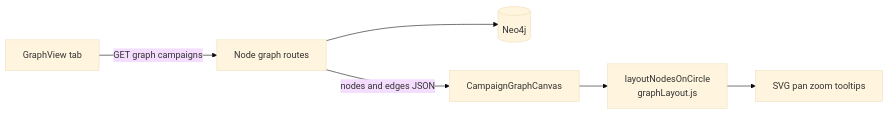
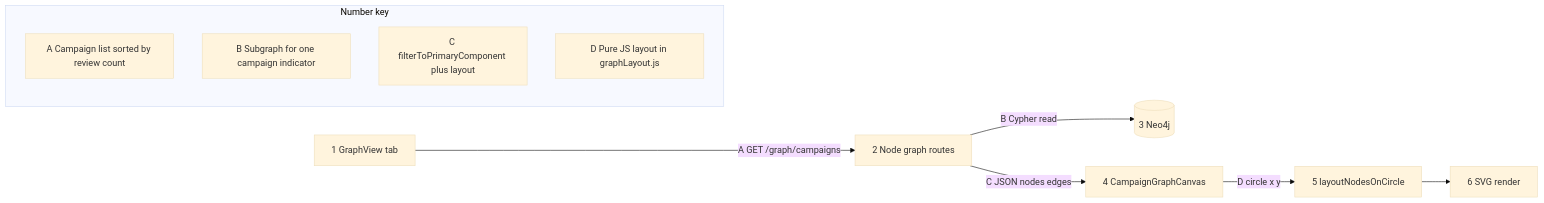
The diagram in docs/diagrams/system-flow-graph-ui.mmd (OferElboher/suspicious-email-triage), drawn with Mermaid (base theme) before and after one commit. The commit also changed 9 other files, not shown here.

First line of the commit message:
Split system flowchart into eight numbered partial Mermaid charts.

```diff
--- a/docs/diagrams/system-flow-graph-ui.mmd
+++ b/docs/diagrams/system-flow-graph-ui.mmd
@@ -1,8 +1,22 @@
-%% Phishing graph UI path — open in Mermaid Live Editor if Markdown preview fails.
-%% Source: docs/arch_guide_system_flowchart.md
+%% Chart 8 — Phishing graph UI
 flowchart LR
-  UI[GraphView tab] -->|GET graph campaigns| API[Node graph routes]
-  API --> NEO[(Neo4j)]
-  API -->|nodes and edges JSON| CANVAS[CampaignGraphCanvas]
-  CANVAS --> LAYOUT["layoutNodesOnCircle<br/>graphLayout.js"]
-  LAYOUT --> SVG[SVG pan zoom tooltips]
+  UI["1 GraphView tab"]
+  API["2 Node graph routes"]
+  NEO[(3 Neo4j)]
+  CAN["4 CampaignGraphCanvas"]
+  LAY["5 layoutNodesOnCircle"]
+  SVG["6 SVG render"]
+
+  UI -->|"A GET /graph/campaigns"| API
+  API -->|"B Cypher read"| NEO
+  API -->|"C JSON nodes edges"| CAN
+  CAN -->|"D circle x y"| LAY
+  LAY --> SVG
+
+  subgraph legend8 [Number key]
+    direction TB
+    LA["A Campaign list sorted by review count"]
+    LB["B Subgraph for one campaign indicator"]
+    LC["C filterToPrimaryComponent plus layout"]
+    LD["D Pure JS layout in graphLayout.js"]
+  end
```
